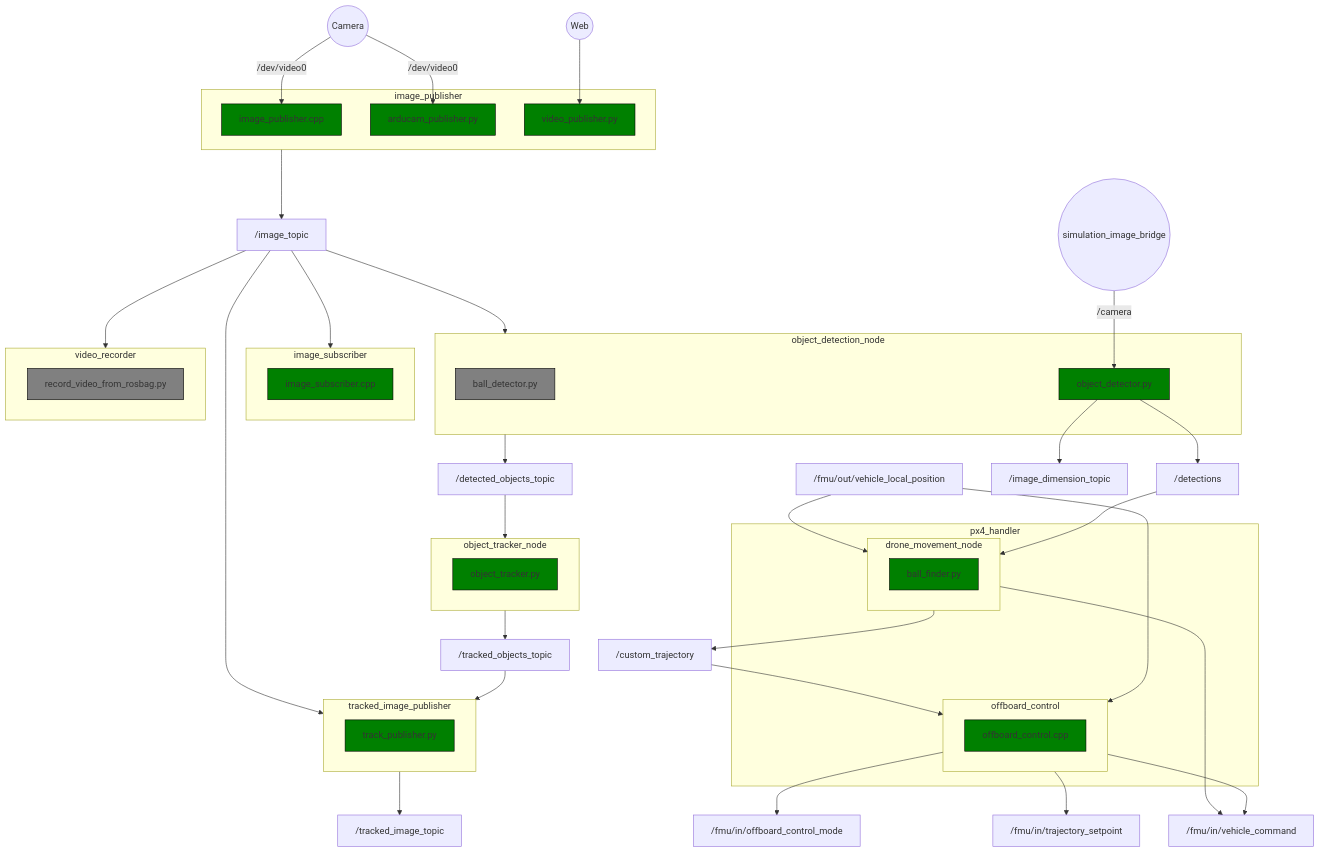
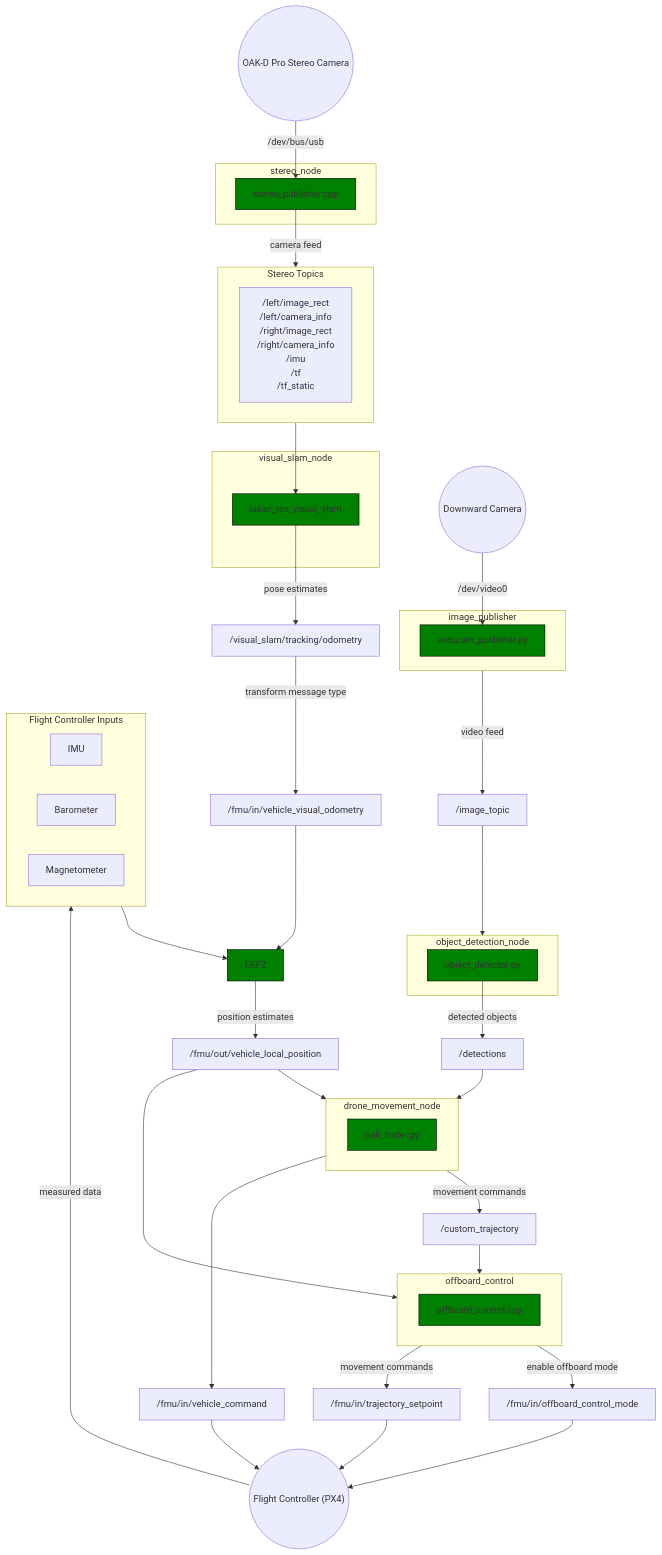
The diagram in docs/architecture/architecture_diagram.md (CatScanners/find-my-kitten), drawn with Mermaid before and after one commit. The commit also changed other lines of this file and 1 other file, not shown here.

Commit message:
architecture update

````diff
--- a/docs/architecture/architecture_diagram.md
+++ b/docs/architecture/architecture_diagram.md
@@ -37,6 +23,5 @@
 ```mermaid
-    flowchart TD
-
+    flowchart TB
     %%Style for color
         %% Activated
         classDef A fill:green,stroke:black
@@ -53,43 +38,19 @@
             offboard_control.cpp:::A
         end
 
-        subgraph px4_handler
-            drone_movement_node
-            offboard_control
-        end
-    
     %%Vision package
         
         subgraph image_publisher
-            image_publisher.cpp:::A
             arducam_publisher.py:::A
-            video_publisher.py:::A
-        end
-
-        subgraph image_subscriber
-            image_subscriber.cpp:::A
         end
 
         subgraph object_detection_node
-            ball_detector.py:::D
             object_detector.py:::A
-        end
-
-        subgraph object_tracker_node
-            object_tracker.py:::A
-        end
-
-        subgraph video_recorder
-            record_video_from_rosbag.py:::D
-        end
-
-        subgraph tracked_image_publisher
-            track_publisher.py:::A
         end
 
     %%ball_finder.py
 
-        drone_movement_node -->/custom_trajectory
+        drone_movement_node --movement commands -->/custom_trajectory
 
         drone_movement_node -->/fmu/in/vehicle_command
 
@@ -99,11 +60,9 @@
 
     %%offboard_control.cpp
 
-        offboard_control --> /fmu/in/offboard_control_mode
+        offboard_control --enable offboard mode --> /fmu/in/offboard_control_mode
 
-        offboard_control --> /fmu/in/trajectory_setpoint
-
-        offboard_control --> /fmu/in/vehicle_command
+        offboard_control --movement commands --> /fmu/in/trajectory_setpoint
 
         /custom_trajectory--> offboard_control
 
@@ -111,47 +70,57 @@
 
     %%image_publisher
 
-        image_publisher --> /image_topic
-
-    %%image_subscriber
-
-        /image_topic --> image_subscriber
+        image_publisher --video feed --> /image_topic
 
     %%object_detection_node
 
         /image_topic --> object_detection_node
+
+       object_detector.py --detected objects --> /detections
+
+    %%Stereo camera
+        subgraph stereo_node
+            stereo_publisher.cpp:::A
+        end
+
+        subgraph stereo_topics["Stereo Topics"]
+            topics["
+                /left/image_rect
+                /left/camera_info
+                /right/image_rect
+                /right/camera_info
+                /imu
+                /tf
+                /tf_static
+            "]
+        end
+        stereo_publisher.cpp --camera feed --> stereo_topics
+
+    %%VSLAM
+        subgraph visual_slam_node
+            isaac_ros_visual_slam:::A
+        end
+        stereo_topics --> isaac_ros_visual_slam
+        isaac_ros_visual_slam --pose estimates --> /visual_slam/tracking/odometry
+        /visual_slam/tracking/odometry --transform message type --> /fmu/in/vehicle_visual_odometry
+        /fmu/in/vehicle_visual_odometry --> ekf2
+
+    %%Cameras
+        camera((Downward Camera)) --/dev/video0 --> arducam_publisher.py
         
-        object_detection_node --> /detected_objects_topic
+        stereo_camera((OAK-D Pro Stereo Camera)) --/dev/bus/usb --> stereo_publisher.cpp
 
-       object_detector.py --> /image_dimension_topic
-
-       object_detector.py --> /detections
-
-    %%object_tracker_node
-
-        /detected_objects_topic --> object_tracker_node
-
-        object_tracker_node --> /tracked_objects_topic
-
-    %%video_recorder
-        /image_topic --> video_recorder 
-
-    %%tracked_image_publisher
-
-        /image_topic --> tracked_image_publisher
-
-        /tracked_objects_topic --> tracked_image_publisher
-
-        tracked_image_publisher --> /tracked_image_topic
-
-    %%Other components
-
-        gazebo?((simulation_image_bridge)) --/camera--> object_detector.py
-
-        camera((Camera)) --/dev/video0 --> image_publisher.cpp
-
-        camera((Camera)) --/dev/video0 --> arducam_publisher.py
-
-        web((Web)) --> video_publisher.py
+    %% Flight control / PX4
+        subgraph flight_controller_inputs["Flight Controller Inputs"]
+            IMU
+            Barometer
+            Magnetometer
+        end
+        px4(("Flight Controller (PX4)")) --measured data --> flight_controller_inputs
+        flight_controller_inputs --> ekf2[EKF2]:::A
+        ekf2 --position estimates --> /fmu/out/vehicle_local_position
+        /fmu/in/offboard_control_mode --> px4
+        /fmu/in/trajectory_setpoint --> px4
+        /fmu/in/vehicle_command --> px4
 
 ```
````
